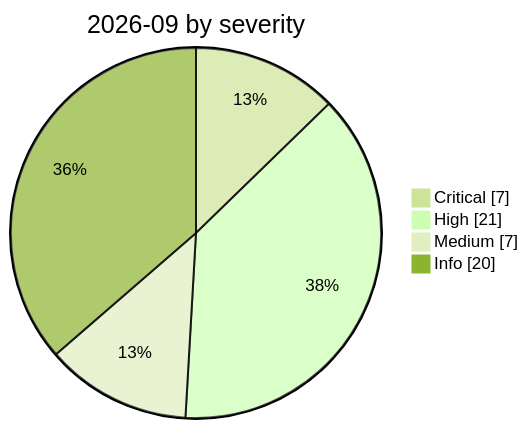
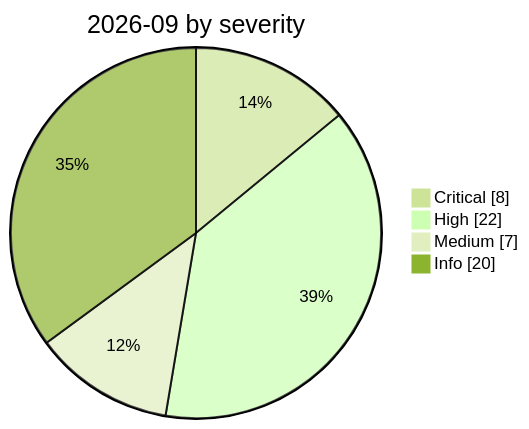
The diagram in incidents/2026-09/README.md (Continuum-AI-Corp/Orca-AI-Incident-Archive), drawn with Mermaid (forest theme) before and after one commit. The commit also changed other lines of this file and 35 other files, not shown here.

````diff
--- a/incidents/2026-09/README.md
+++ b/incidents/2026-09/README.md
@@ -8,8 +8,8 @@
 ```mermaid
 pie showData
     title 2026-09 by severity
-    "Critical" : 7
-    "High" : 21
+    "Critical" : 8
+    "High" : 22
     "Medium" : 7
     "Info" : 20
 ```
````
